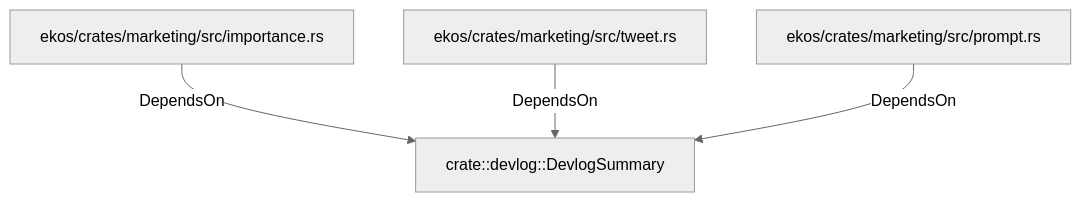
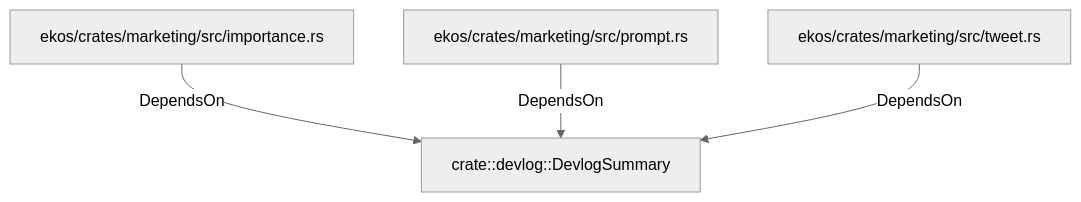
The diagram in doc/entities/rustmodule/cr/crate-devlog-devlogsummary.md (alexeyban/EKOS), drawn with Mermaid (neutral theme) before and after one commit. The commit also changed other lines of this file and 552 other files, not shown here.

````diff
--- a/doc/entities/rustmodule/cr/crate-devlog-devlogsummary.md
+++ b/doc/entities/rustmodule/cr/crate-devlog-devlogsummary.md
@@ -17,10 +17,10 @@
 ```mermaid
 graph TD
     n0b1dcd0f5f77588ab9f3a4cd37c11a66["crate::devlog::DevlogSummary"]
     n0660ec22f9ab533c9a200b0ad28d9200["ekos/crates/marketing/src/importance.rs"]
     n0660ec22f9ab533c9a200b0ad28d9200 -->|DependsOn| n0b1dcd0f5f77588ab9f3a4cd37c11a66
+    n49e3daf4be3b5889a66e372e8980f187["ekos/crates/marketing/src/prompt.rs"]
+    n49e3daf4be3b5889a66e372e8980f187 -->|DependsOn| n0b1dcd0f5f77588ab9f3a4cd37c11a66
     n3372ee6e2a1d50b2a3aeb17eb421301b["ekos/crates/marketing/src/tweet.rs"]
     n3372ee6e2a1d50b2a3aeb17eb421301b -->|DependsOn| n0b1dcd0f5f77588ab9f3a4cd37c11a66
-    n49e3daf4be3b5889a66e372e8980f187["ekos/crates/marketing/src/prompt.rs"]
-    n49e3daf4be3b5889a66e372e8980f187 -->|DependsOn| n0b1dcd0f5f77588ab9f3a4cd37c11a66
 ```
````
